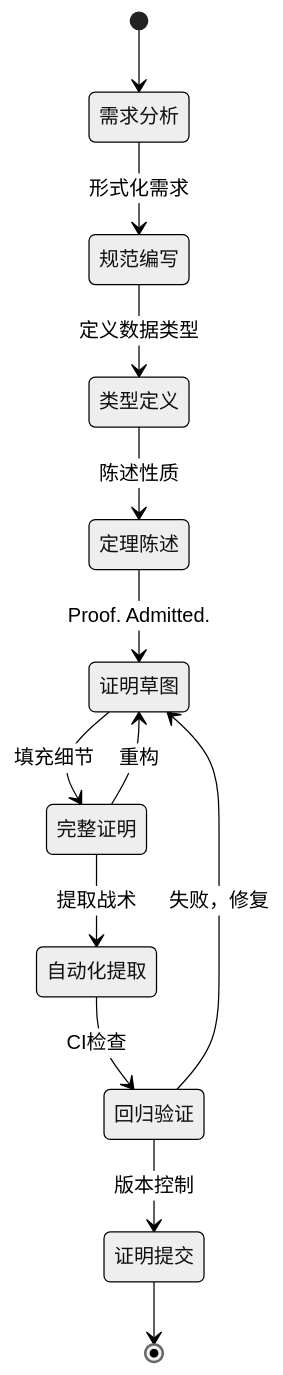
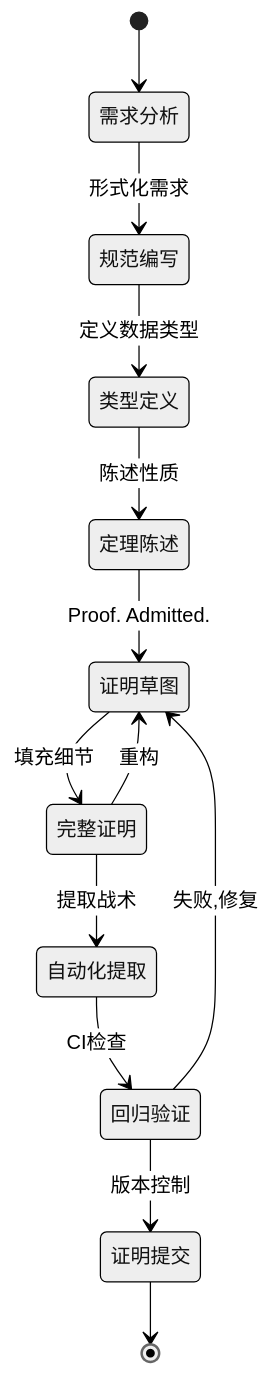
Before and after one commit to AdaMartin18010/AnalysisDataFlow: the second of 6 diagrams in docs/formal-verification-toolchain-guide.md, drawn with Mermaid (neutral theme). The commit also changed other lines of this file and 634 other files, not shown here.

````diff
--- a/docs/formal-verification-toolchain-guide.md
+++ b/docs/formal-verification-toolchain-guide.md
@@ -1378,16 +1405,16 @@
 ```mermaid
 stateDiagram-v2
     [*] --> 需求分析
     需求分析 --> 规范编写: 形式化需求
     规范编写 --> 类型定义: 定义数据类型
     类型定义 --> 定理陈述: 陈述性质
     定理陈述 --> 证明草图: Proof. Admitted.
     证明草图 --> 完整证明: 填充细节
     完整证明 --> 自动化提取: 提取战术
     自动化提取 --> 回归验证: CI检查
     回归验证 --> 证明提交: 版本控制
     证明提交 --> [*]
-    
-    回归验证 --> 证明草图: 失败，修复
+
+    回归验证 --> 证明草图: 失败,修复
     完整证明 --> 证明草图: 重构
 ```
````
